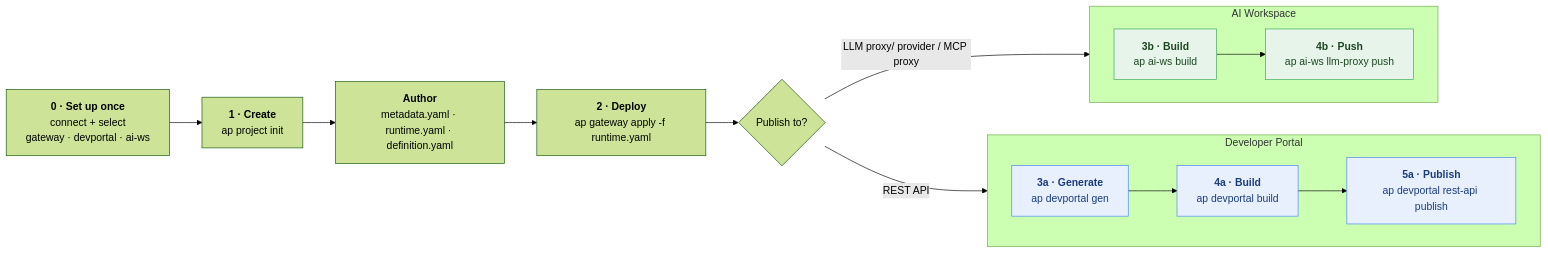
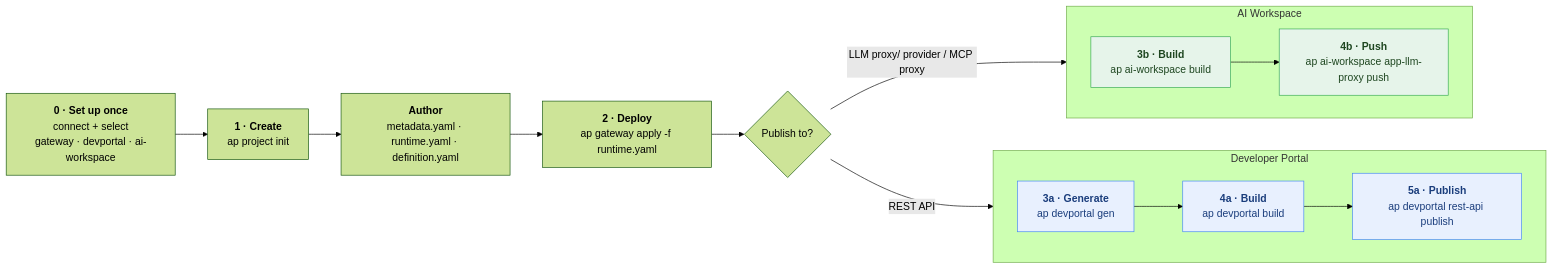
Before and after one commit to wso2/api-platform: the diagram in docs/cli/end-to-end-workflow.md, drawn with Mermaid (forest theme). The commit also changed other lines of this file and 32 other files, not shown here.

````diff
--- a/docs/cli/end-to-end-workflow.md
+++ b/docs/cli/end-to-end-workflow.md
@@ -13,25 +13,25 @@
 ```mermaid
 flowchart LR
-    A["<b>0 · Set up once</b><br/>connect + select<br/>gateway · devportal · ai-ws"] --> B["<b>1 · Create</b><br/>ap project init"]
+    A["<b>0 · Set up once</b><br/>connect + select<br/>gateway · devportal · ai-workspace"] --> B["<b>1 · Create</b><br/>ap project init"]
     B --> C["<b>Author</b><br/>metadata.yaml · runtime.yaml · definition.yaml"]
     C --> D["<b>2 · Deploy</b><br/>ap gateway apply -f runtime.yaml"]
     D --> E{"Publish to?"}
 
     subgraph DP["Developer Portal"]
         direction LR
         F["<b>3a · Generate</b><br/>ap devportal gen"] --> G["<b>4a · Build</b><br/>ap devportal build"] --> H["<b>5a · Publish</b><br/>ap devportal rest-api publish"]
     end
 
     subgraph AW["AI Workspace"]
         direction LR
-        I["<b>3b · Build</b><br/>ap ai-ws build"] --> J["<b>4b · Push</b><br/>ap ai-ws llm-proxy push"]
+        I["<b>3b · Build</b><br/>ap ai-workspace build"] --> J["<b>4b · Push</b><br/>ap ai-workspace app-llm-proxy push"]
     end
 
     E -->|REST API| F
     E -->|LLM proxy/ provider / MCP proxy| I
 
     classDef dp fill:#e8f0fe,stroke:#4285f4,color:#1a3d7c;
     classDef aiws fill:#e6f4ea,stroke:#34a853,color:#1e4620;
     class F,G,H dp;
     class I,J aiws;
 ```
````
